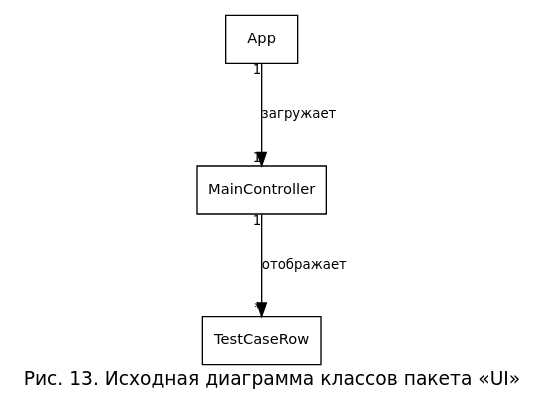
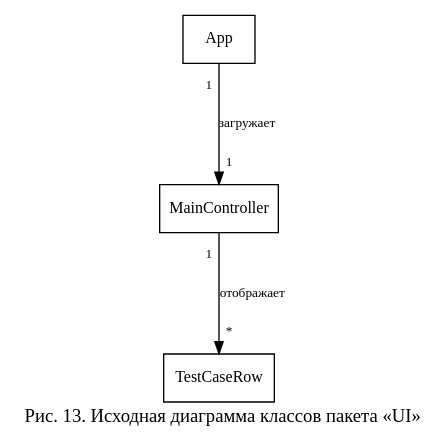
One commit to nastolbov/AutoTestGeneratorUpdate changed the diagram in diagrams/cls_ui_initial.dot. Above: the diagram before and after it, drawn with Graphviz. The commit also changed 47 other files, not shown here.

First line of the commit message:
diagrams: Liberation Serif (как Times New Roman), фикс множественности

```diff
--- a/diagrams/cls_ui_initial.dot
+++ b/diagrams/cls_ui_initial.dot
@@ -1,14 +1,14 @@
 digraph UII {
-    rankdir=TB; fontname="DejaVu Sans"; fontsize=14;
+    rankdir=TB; fontname="Liberation Serif"; fontsize=14;
     label="Рис. 13. Исходная диаграмма классов пакета «UI»"; labelloc=b;
-    nodesep=0.6; ranksep=0.9;
-    node [fontname="DejaVu Sans", fontsize=11, shape=box, style=filled, fillcolor=white];
-    edge [color=black, fontname="DejaVu Sans", fontsize=10];
+    nodesep=0.9; ranksep=1.1;
+    node [fontname="Liberation Serif", fontsize=12, shape=box, style=filled, fillcolor=white];
+    edge [color=black, fontname="Liberation Serif", fontsize=10, labeldistance=1.8, arrowsize=0.9];
 
     App            [label="App"];
     MainController [label="MainController"];
     TestCaseRow    [label="TestCaseRow"];
 
     App -> MainController            [label="загружает", taillabel="1", headlabel="1"];
     MainController -> TestCaseRow    [label="отображает",  taillabel="1", headlabel="*"];
 }
```
